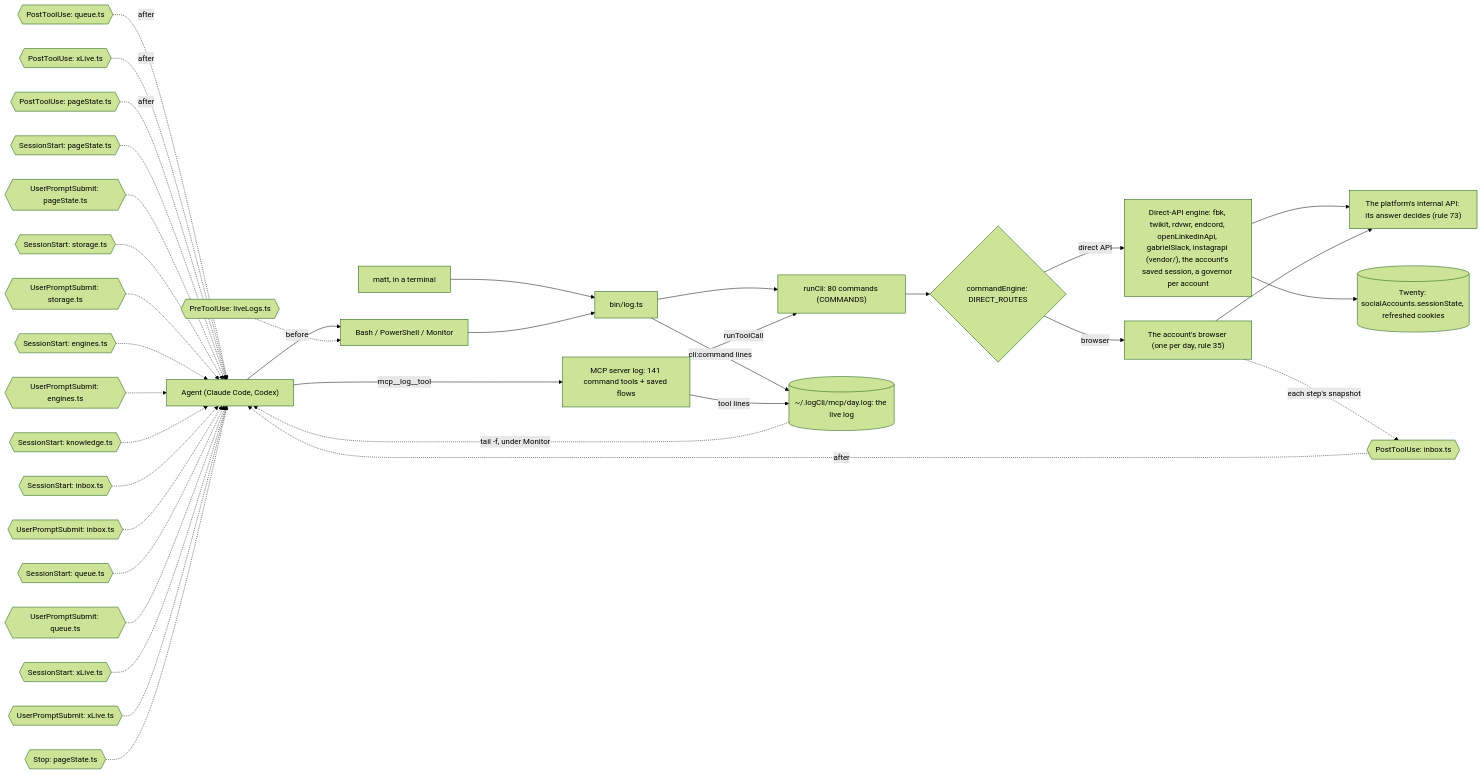
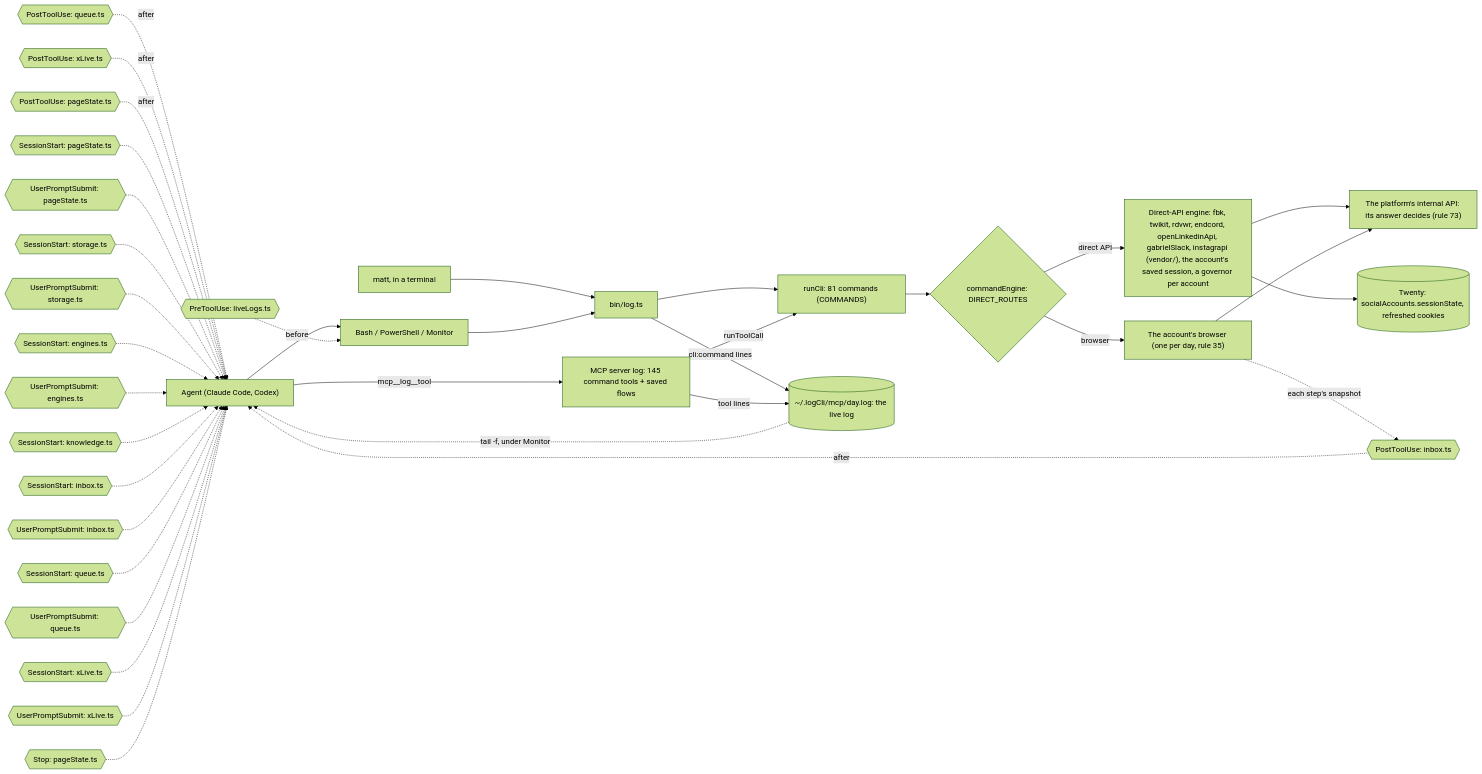
One commit to matthewdonsemail-lab/log changed the diagram in docs/diagrams/surface.mmd. Above: the diagram before and after it, drawn with Mermaid (forest theme). The commit also changed 43 other files, not shown here.

```diff
--- a/docs/diagrams/surface.mmd
+++ b/docs/diagrams/surface.mmd
@@ -1,50 +1,50 @@
 %% How a call reaches log-cli. From a shell or over MCP, both run the same commands through `runCli`, write the same live log, and pass through the same hooks. `commandEngine` sends each command to the platform's direct API or to the account's browser.
 %% Written by `bun run docs:build` from the code (rule 56). Not edited by hand.
 flowchart LR
   agent["Agent (Claude Code, Codex)"]
   matt["matt, in a terminal"]
   shell["Bash / PowerShell / Monitor"]
-  mcp["MCP server log: 141 command tools + saved flows"]
+  mcp["MCP server log: 145 command tools + saved flows"]
   bin["bin/log.ts"]
-  runCli["runCli: 80 commands (COMMANDS)"]
+  runCli["runCli: 81 commands (COMMANDS)"]
   live[("~/.logCli/mcp/day.log: the live log")]
   engine{"commandEngine: DIRECT_ROUTES"}
   direct["Direct-API engine: fbk, twikit, rdvwr, endcord, openLinkedinApi, gabrielSlack, instagrapi (vendor/), the account's saved session, a governor per account"]
   browser["The account's browser (one per day, rule 35)"]
   api["The platform's internal API: its answer decides (rule 73)"]
   twenty[("Twenty: socialAccounts.sessionState, refreshed cookies")]
   agent --> shell
   matt --> bin
   shell --> bin
   agent -->|mcp__log__tool| mcp
   bin --> runCli
   mcp -->|runToolCall| runCli
   runCli --> engine
   engine -->|direct API| direct
   engine -->|browser| browser
   direct --> api
   browser --> api
   direct --> twenty
   bin -->|cli:command lines| live
   mcp -->|tool lines| live
   live -.->|tail -f, under Monitor| agent
   pre0{{"PreToolUse: liveLogs.ts"}} -.->|before| shell
   post0{{"PostToolUse: inbox.ts"}} -.->|after| agent
   post1{{"PostToolUse: queue.ts"}} -.->|after| agent
   post2{{"PostToolUse: xLive.ts"}} -.->|after| agent
   post3{{"PostToolUse: pageState.ts"}} -.->|after| agent
   turn0{{"SessionStart: pageState.ts"}} -.-> agent
   turn1{{"UserPromptSubmit: pageState.ts"}} -.-> agent
   turn2{{"SessionStart: storage.ts"}} -.-> agent
   turn3{{"UserPromptSubmit: storage.ts"}} -.-> agent
   turn4{{"SessionStart: engines.ts"}} -.-> agent
   turn5{{"UserPromptSubmit: engines.ts"}} -.-> agent
   turn6{{"SessionStart: knowledge.ts"}} -.-> agent
   turn7{{"SessionStart: inbox.ts"}} -.-> agent
   turn8{{"UserPromptSubmit: inbox.ts"}} -.-> agent
   turn9{{"SessionStart: queue.ts"}} -.-> agent
   turn10{{"UserPromptSubmit: queue.ts"}} -.-> agent
   turn11{{"SessionStart: xLive.ts"}} -.-> agent
   turn12{{"UserPromptSubmit: xLive.ts"}} -.-> agent
   turn13{{"Stop: pageState.ts"}} -.-> agent
   browser -.->|each step's snapshot| post0
```
